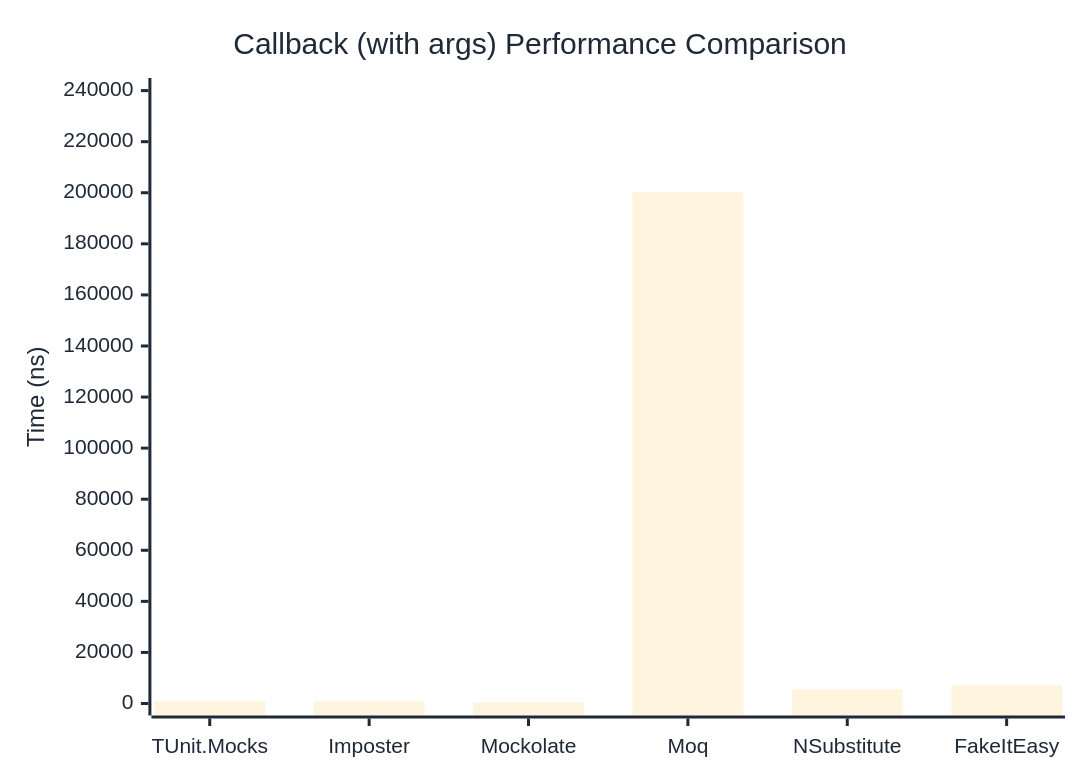
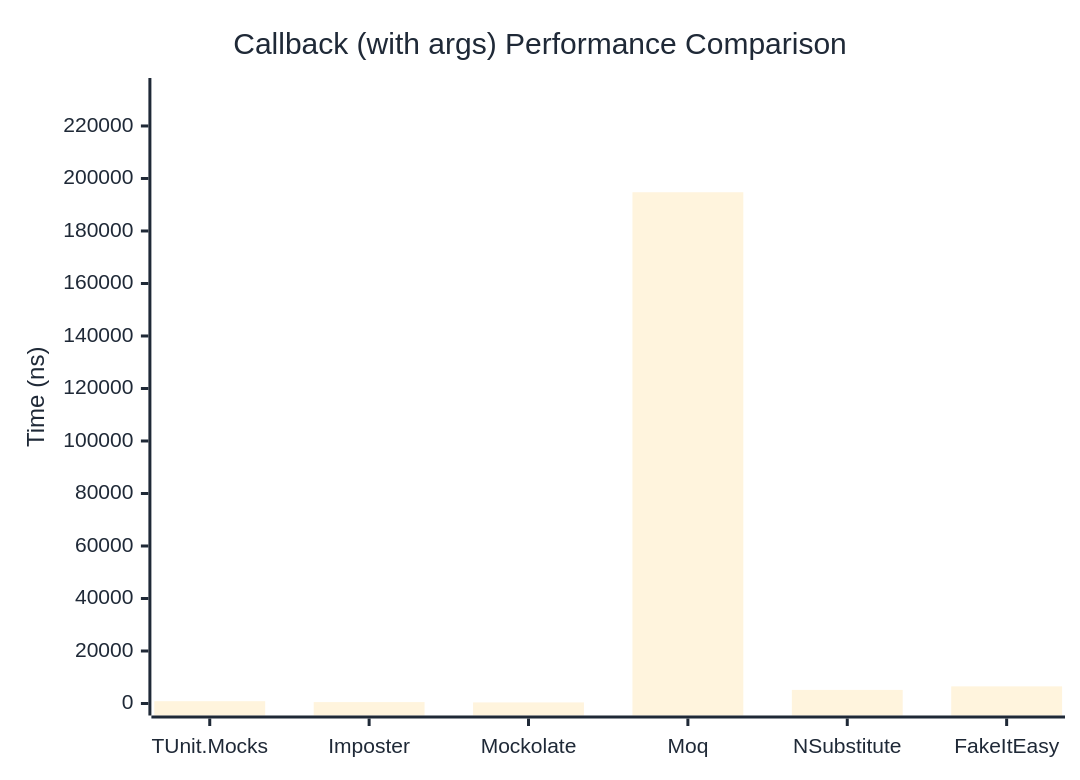
Before and after one commit to thomhurst/TUnit: the second of 2 diagrams in docs/docs/benchmarks/mocks/Callback.md, drawn with Mermaid. The commit also changed other lines of this file and 14 other files, not shown here.

````diff
--- a/docs/docs/benchmarks/mocks/Callback.md
+++ b/docs/docs/benchmarks/mocks/Callback.md
@@ -71,27 +71,27 @@
 ```mermaid
 %%{init: {
   'theme':'base',
   'themeVariables': {
     'primaryColor': '#2563eb',
     'primaryTextColor': '#1f2937',
     'primaryBorderColor': '#1e40af',
     'lineColor': '#6b7280',
     'secondaryColor': '#7c3aed',
     'tertiaryColor': '#dc2626',
     'background': '#ffffff',
     'pie1': '#2563eb',
     'pie2': '#7c3aed',
     'pie3': '#dc2626',
     'pie4': '#f59e0b',
     'pie5': '#10b981',
     'pie6': '#06b6d4',
     'pie7': '#ec4899',
     'pie8': '#6366f1'
   }
 }}%%
 xychart-beta
   title "Callback (with args) Performance Comparison"
   x-axis ["TUnit.Mocks", "Imposter", "Mockolate", "Moq", "NSubstitute", "FakeItEasy"]
-  y-axis "Time (ns)" 0 --> 240239
-  bar [901.4, 782.8, 462.7, 200198.9, 5486.9, 7071.5]
+  y-axis "Time (ns)" 0 --> 233702
+  bar [877.9, 534.5, 416.7, 194751.1, 5175.6, 6529.5]
 ```
````
